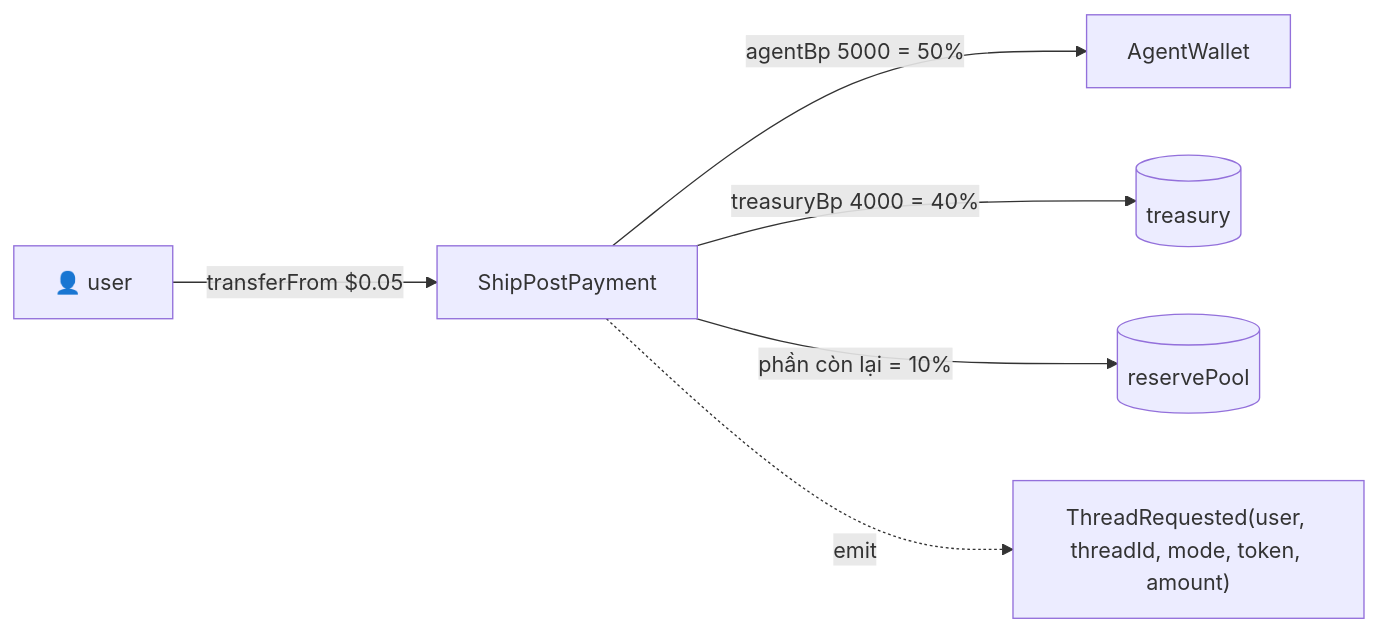
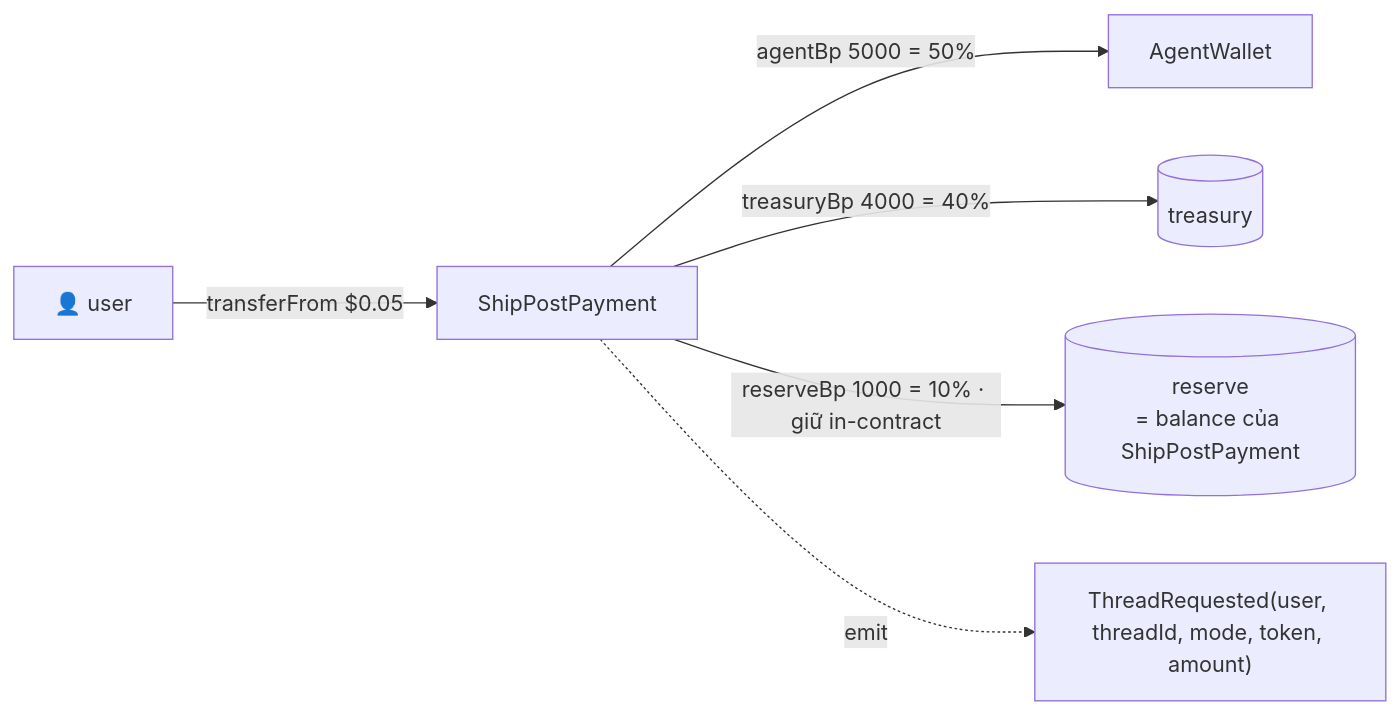
The third of 13 diagrams in docs/ARCHITECTURE.md (hms1499/shippost), drawn with Mermaid before and after one commit. The commit also changed other lines of this file and 1 other file, not shown here.

First line of the commit message:
docs: describe deployed v2 reserve-funded refund (was V1 reservePool model)

````diff
--- a/docs/ARCHITECTURE.md
+++ b/docs/ARCHITECTURE.md
@@ -118,8 +118,8 @@
 ```mermaid
 flowchart LR
     U["👤 user"] -->|"transferFrom $0.05"| C["ShipPostPayment"]
     C -->|"agentBp 5000 = 50%"| A["AgentWallet"]
     C -->|"treasuryBp 4000 = 40%"| T[("treasury")]
-    C -->|"phần còn lại = 10%"| R[("reservePool")]
+    C -->|"reserveBp 1000 = 10% · giữ in-contract"| R[("reserve<br/>= balance của ShipPostPayment")]
     C -.->|"emit"| E["ThreadRequested(user, threadId, mode, token, amount)"]
 ```
````
